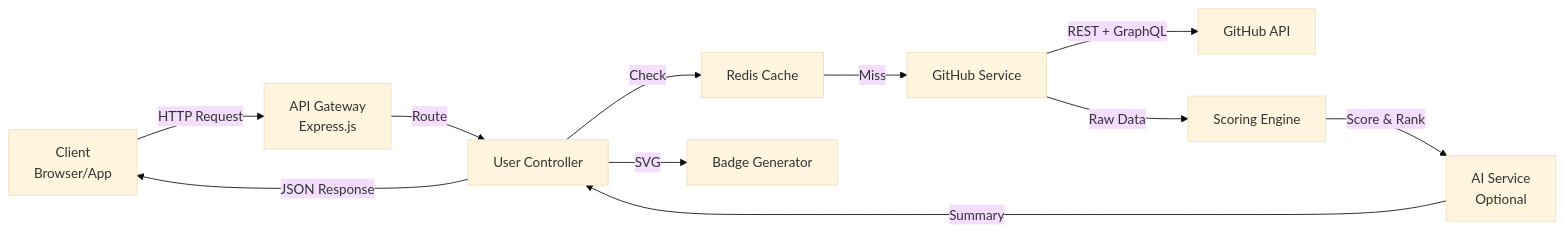
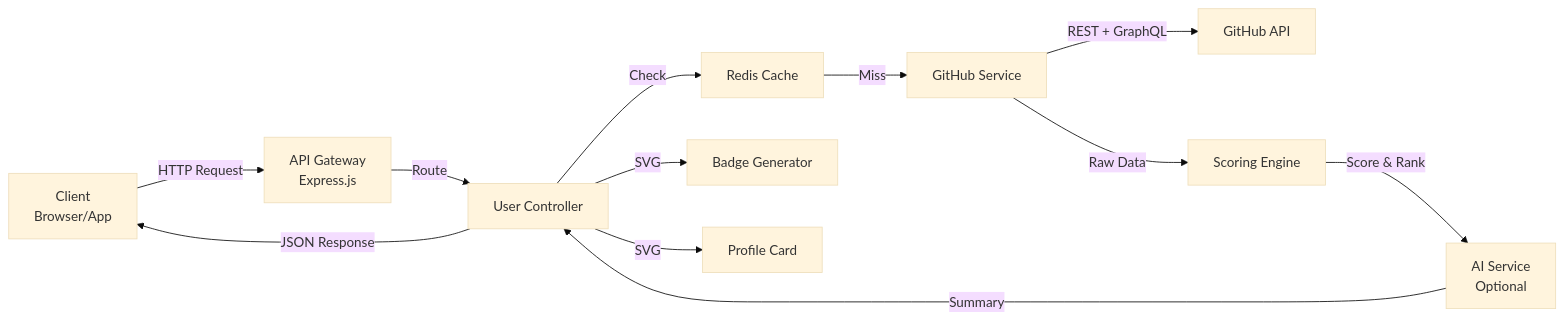
Before and after one commit to Shineii86/GitHubAPI: the second of 2 diagrams in README.md, drawn with Mermaid (base theme). The commit also changed other lines of this file, not shown here.

````diff
--- a/README.md
+++ b/README.md
@@ -277,13 +287,14 @@
 ```mermaid
 graph LR
     Client[Client<br/>Browser/App] -->|HTTP Request| Gateway[API Gateway<br/>Express.js]
     Gateway -->|Route| Controller[User Controller]
     Controller -->|Check| Cache[Redis Cache]
     Cache -->|Miss| GH[GitHub Service]
     GH -->|REST + GraphQL| GitHubAPI[GitHub API]
     GH -->|Raw Data| Scoring[Scoring Engine]
     Scoring -->|Score & Rank| AI[AI Service<br/>Optional]
     AI -->|Summary| Controller
     Controller -->|JSON Response| Client
     Controller -->|SVG| Badge[Badge Generator]
+    Controller -->|SVG| Card[Profile Card]
 ```
````
